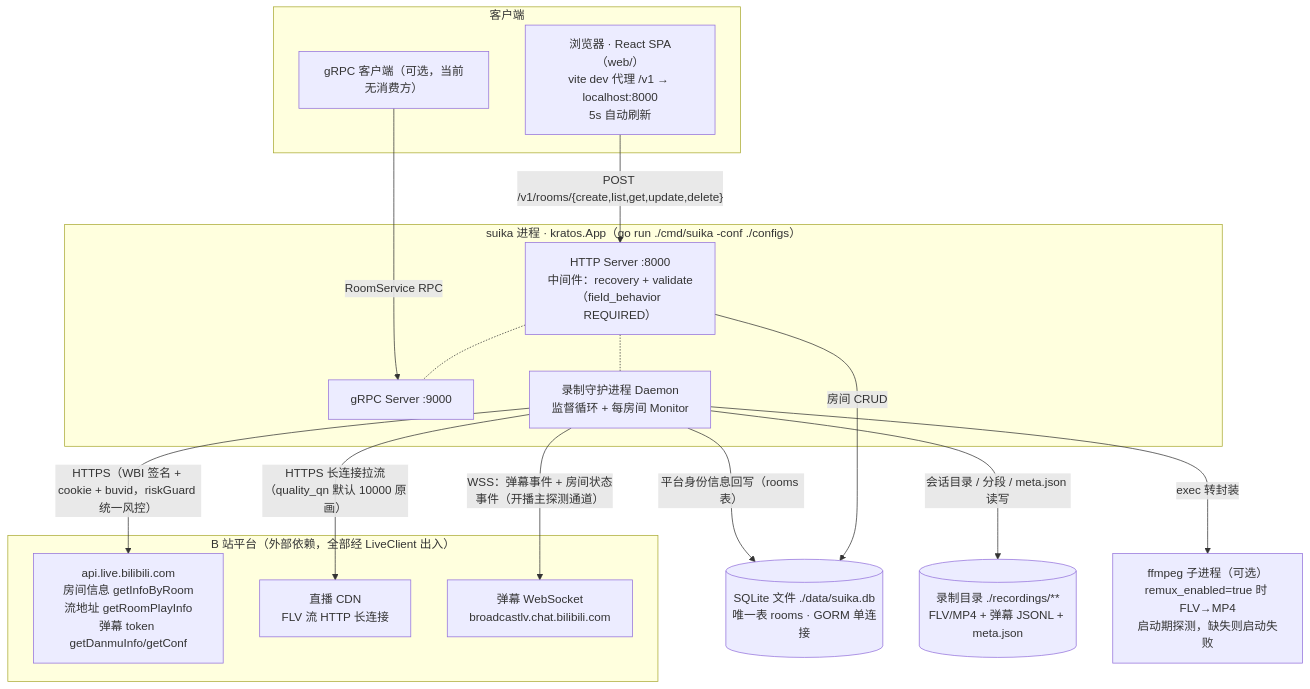
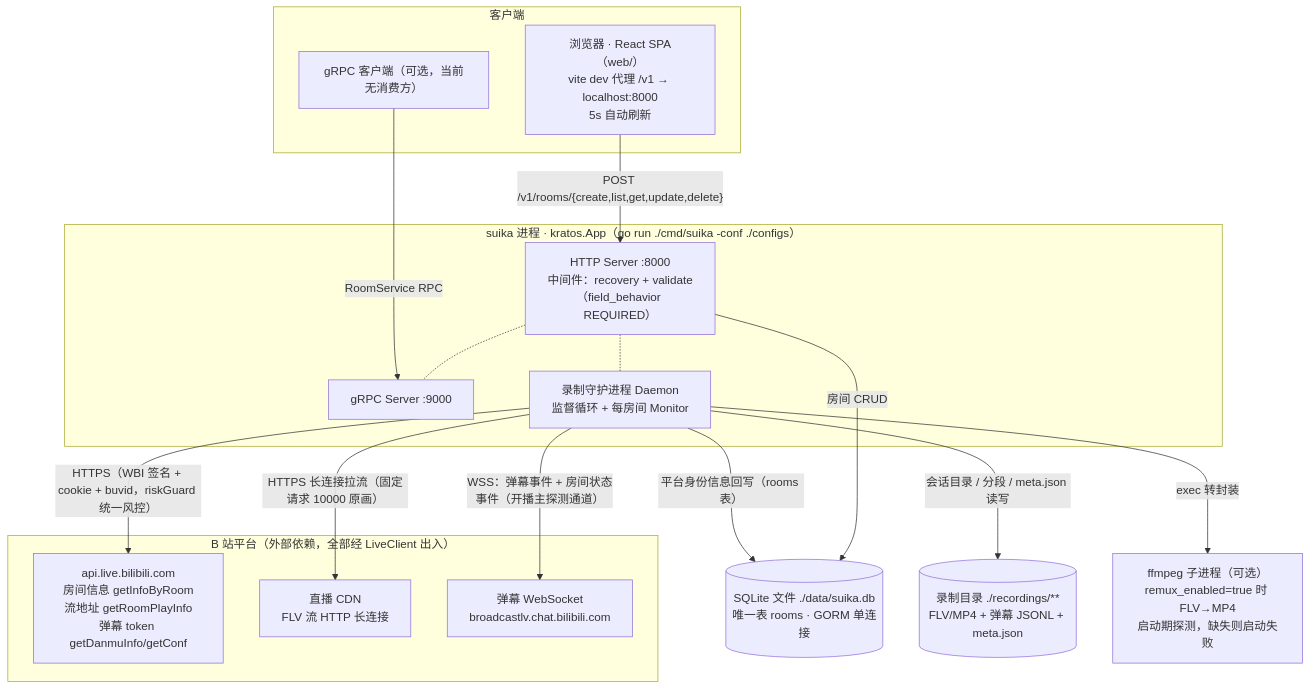
The first of 10 diagrams in docs/design/architecture-diagrams.md (xgbt/suika), drawn with Mermaid before and after one commit. The commit also changed other lines of this file and 18 other files, not shown here.

````diff
--- a/docs/design/architecture-diagrams.md
+++ b/docs/design/architecture-diagrams.md
@@ -23,35 +23,35 @@
 ```mermaid
 flowchart TB
     subgraph CLIENT["客户端"]
         WEB["浏览器 · React SPA（web/）<br/>vite dev 代理 /v1 → localhost:8000<br/>5s 自动刷新"]
         GRPCCLI["gRPC 客户端（可选，当前无消费方）"]
     end
 
     subgraph SUIKA["suika 进程 · kratos.App（go run ./cmd/suika -conf ./configs）"]
         HS["HTTP Server :8000<br/>中间件：recovery + validate（field_behavior REQUIRED）"]
         GS["gRPC Server :9000"]
         DM["录制守护进程 Daemon<br/>监督循环 + 每房间 Monitor"]
         HS -.- GS
         HS -.- DM
     end
 
     DB[("SQLite 文件 ./data/suika.db<br/>唯一表 rooms · GORM 单连接")]
     REC[("录制目录 ./recordings/**<br/>FLV/MP4 + 弹幕 JSONL + meta.json")]
     FF["ffmpeg 子进程（可选）<br/>remux_enabled=true 时 FLV→MP4<br/>启动期探测，缺失则启动失败"]
 
     subgraph BILI["B 站平台（外部依赖，全部经 LiveClient 出入）"]
         API["api.live.bilibili.com<br/>房间信息 getInfoByRoom<br/>流地址 getRoomPlayInfo<br/>弹幕 token getDanmuInfo/getConf"]
         CDN["直播 CDN<br/>FLV 流 HTTP 长连接"]
         DMWS["弹幕 WebSocket<br/>broadcastlv.chat.bilibili.com"]
     end
 
     WEB -- "POST /v1/rooms/{create,list,get,update,delete}" --> HS
     GRPCCLI -- "RoomService RPC" --> GS
     HS -- "房间 CRUD" --> DB
     DM -- "平台身份信息回写（rooms 表）" --> DB
     DM -- "会话目录 / 分段 / meta.json 读写" --> REC
     DM -- "exec 转封装" --> FF
     DM -- "HTTPS（WBI 签名 + cookie + buvid，riskGuard 统一风控）" --> API
-    DM -- "HTTPS 长连接拉流（quality_qn 默认 10000 原画）" --> CDN
+    DM -- "HTTPS 长连接拉流（固定请求 10000 原画）" --> CDN
     DM -- "WSS：弹幕事件 + 房间状态事件（开播主探测通道）" --> DMWS
 ```
````
